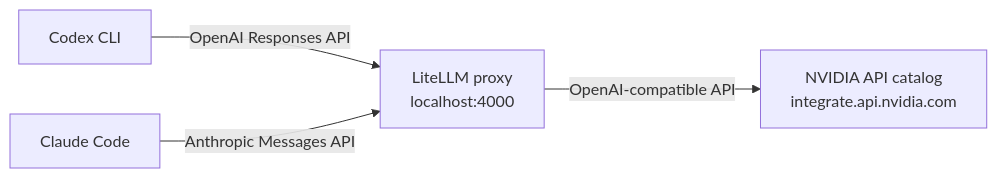
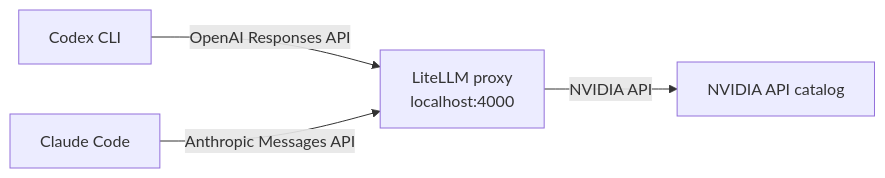
Before and after one commit to pourmoayed/nim-agent-proxy: the diagram in README.md, drawn with Mermaid. The commit also changed other lines of this file, not shown here.

Commit message:
Update README.md for clarity and accuracy in API usage and configuration

````diff
--- a/README.md
+++ b/README.md
@@ -7,6 +7,6 @@
 ```mermaid
 flowchart LR
     codex[Codex CLI] -- OpenAI Responses API --> proxy
     claude[Claude Code] -- Anthropic Messages API --> proxy
-    proxy[LiteLLM proxy<br/>localhost:4000] -- OpenAI-compatible API --> nim[NVIDIA API catalog<br/>integrate.api.nvidia.com]
+    proxy[LiteLLM proxy<br/>localhost:4000] -- NVIDIA API --> nim[NVIDIA API catalog]
 ```
````
